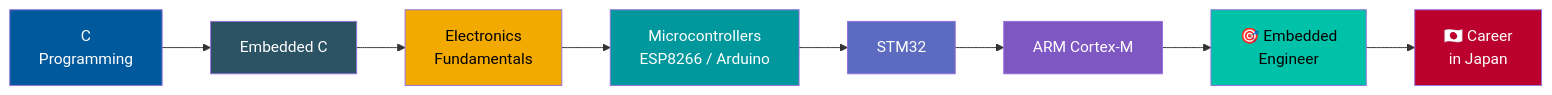
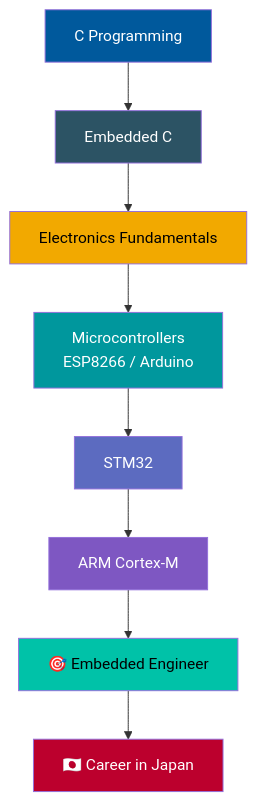
Before and after one commit to praveenkumart139/praveenkumart139: the diagram in README.md, drawn with Mermaid.

````diff
--- a/README.md
+++ b/README.md
@@ -84,19 +84,19 @@
 ```mermaid
-flowchart LR
-    A[C<br/>Programming] --> B[Embedded C]
-    B --> C[Electronics<br/>Fundamentals]
+flowchart TD
+    A[C Programming] --> B[Embedded C]
+    B --> C[Electronics Fundamentals]
     C --> D[Microcontrollers<br/>ESP8266 / Arduino]
     D --> E[STM32]
     E --> F[ARM Cortex-M]
-    F --> G[🎯 Embedded<br/>Engineer]
-    G --> H[🇯🇵 Career<br/>in Japan]
+    F --> G[🎯 Embedded Engineer]
+    G --> H[🇯🇵 Career in Japan]
 
     style A fill:#00599C,color:#fff
     style B fill:#2c5364,color:#fff
     style C fill:#F2A900,color:#000
     style D fill:#00979D,color:#fff
     style E fill:#5c6bc0,color:#fff
     style F fill:#7e57c2,color:#fff
     style G fill:#00c2a8,color:#000
     style H fill:#bc002d,color:#fff
 ```
````
